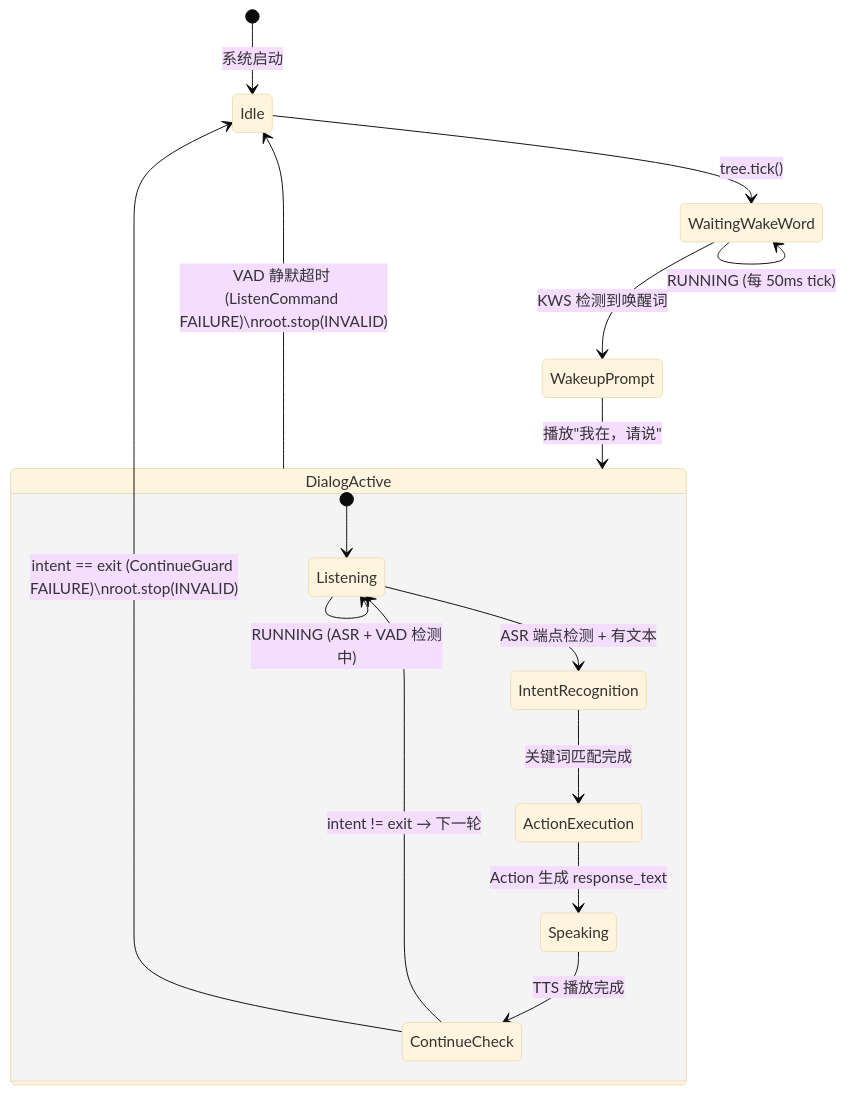
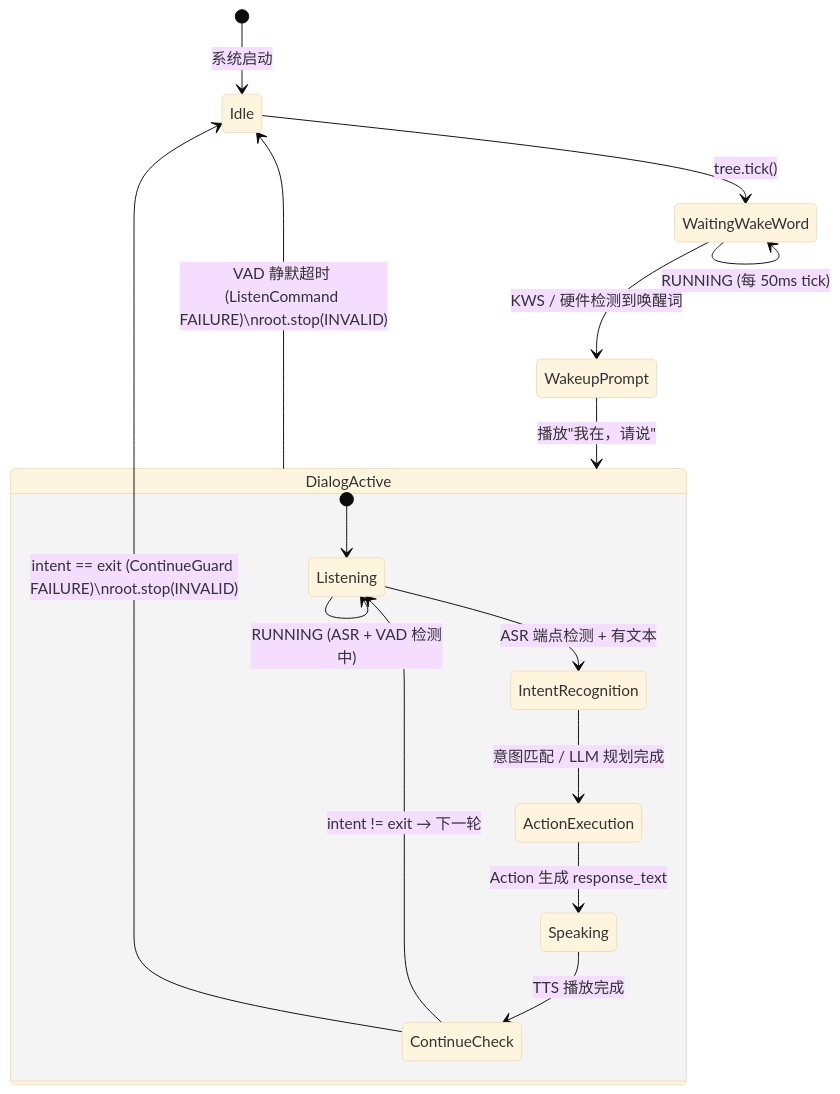
One commit to QiuYuCode/smart-voice-robot changed the fifth of 7 diagrams in README.md. Above: the diagram before and after it, drawn with Mermaid (base theme). The commit also changed other lines of this file, not shown here.

Commit message:
docs: 更新 README，增加对两种意图模式的支持说明，优化系统架构描述

````diff
--- a/README.md
+++ b/README.md
@@ -269,23 +321,23 @@
 ```mermaid
 stateDiagram-v2
     [*] --> Idle: 系统启动
 
     Idle --> WaitingWakeWord: tree.tick()
     WaitingWakeWord --> WaitingWakeWord: RUNNING (每 50ms tick)
-    WaitingWakeWord --> WakeupPrompt: KWS 检测到唤醒词
+    WaitingWakeWord --> WakeupPrompt: KWS / 硬件检测到唤醒词
 
     WakeupPrompt --> DialogActive: 播放"我在，请说"
 
     state DialogActive {
         [*] --> Listening
         Listening --> Listening: RUNNING (ASR + VAD 检测中)
         Listening --> IntentRecognition: ASR 端点检测 + 有文本
-        IntentRecognition --> ActionExecution: 关键词匹配完成
+        IntentRecognition --> ActionExecution: 意图匹配 / LLM 规划完成
         ActionExecution --> Speaking: Action 生成 response_text
         Speaking --> ContinueCheck: TTS 播放完成
         ContinueCheck --> Listening: intent != exit → 下一轮
     }
 
     DialogActive --> Idle: VAD 静默超时 (ListenCommand FAILURE)\nroot.stop(INVALID)
     ContinueCheck --> Idle: intent == exit (ContinueGuard FAILURE)\nroot.stop(INVALID)
 ```
````
